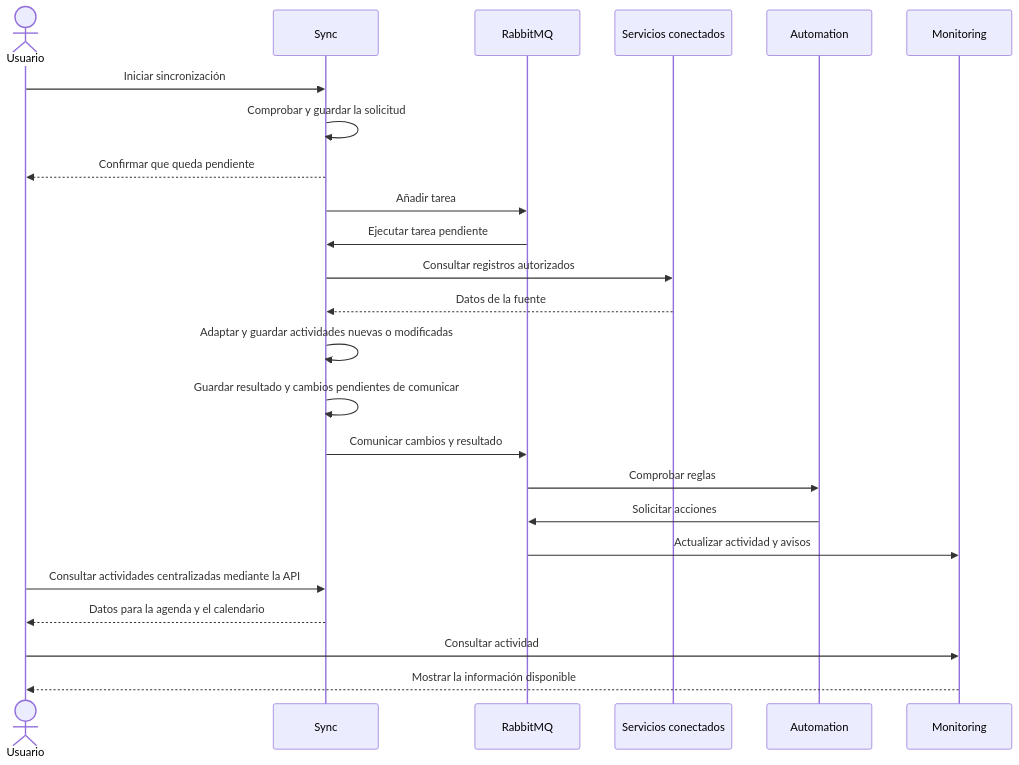
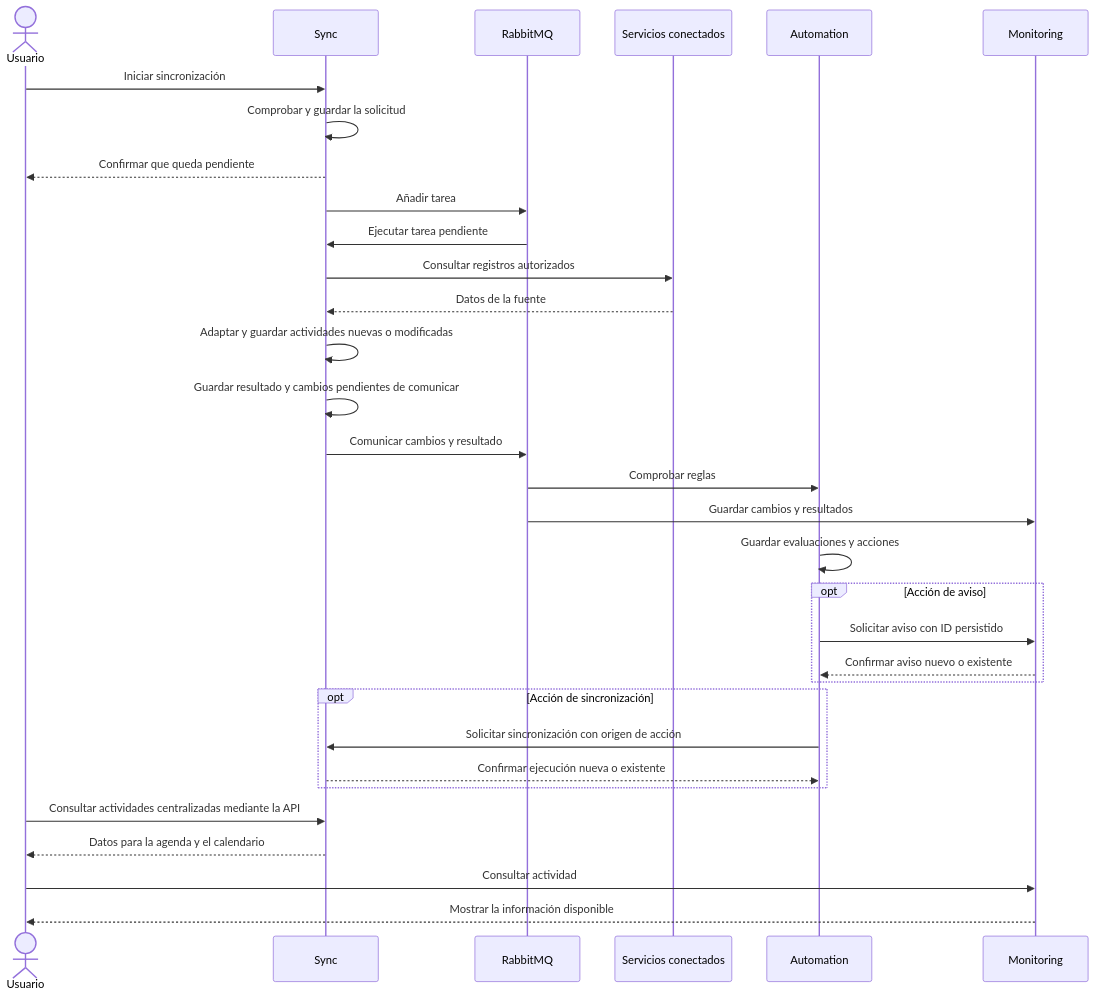
Before and after one commit to jotace-18/Synkron: the third of 3 diagrams in README.md, drawn with Mermaid. The commit also changed other lines of this file and 34 other files, not shown here.

````diff
--- a/README.md
+++ b/README.md
@@ -82,26 +85,34 @@
 ```mermaid
 sequenceDiagram
     actor U as Usuario
     participant S as Sync
     participant Q as RabbitMQ
     participant X as Servicios conectados
     participant A as Automation
     participant M as Monitoring
     U->>S: Iniciar sincronización
     S->>S: Comprobar y guardar la solicitud
     S-->>U: Confirmar que queda pendiente
     S->>Q: Añadir tarea
     Q->>S: Ejecutar tarea pendiente
     S->>X: Consultar registros autorizados
     X-->>S: Datos de la fuente
     S->>S: Adaptar y guardar actividades nuevas o modificadas
     S->>S: Guardar resultado y cambios pendientes de comunicar
     S->>Q: Comunicar cambios y resultado
     Q->>A: Comprobar reglas
-    A->>Q: Solicitar acciones
-    Q->>M: Actualizar actividad y avisos
+    Q->>M: Guardar cambios y resultados
+    A->>A: Guardar evaluaciones y acciones
+    opt Acción de aviso
+        A->>M: Solicitar aviso con ID persistido
+        M-->>A: Confirmar aviso nuevo o existente
+    end
+    opt Acción de sincronización
+        A->>S: Solicitar sincronización con origen de acción
+        S-->>A: Confirmar ejecución nueva o existente
+    end
     U->>S: Consultar actividades centralizadas mediante la API
     S-->>U: Datos para la agenda y el calendario
     U->>M: Consultar actividad
     M-->>U: Mostrar la información disponible
 ```
````
